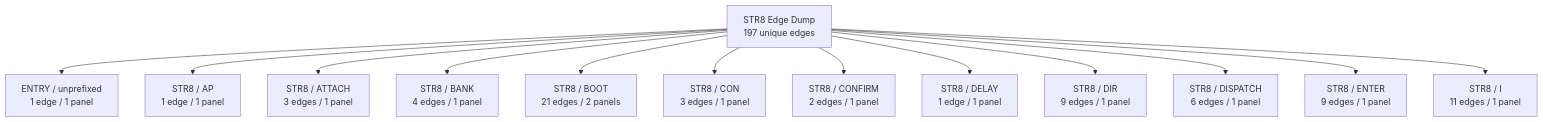
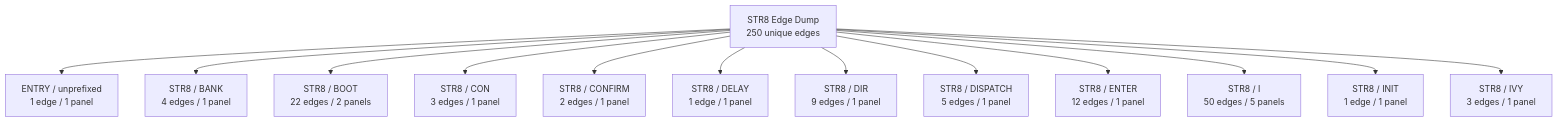
One commit to 95westus/R-YORS changed the first of 42 diagrams in DOC/GUIDES/STR8/STR8_EDGE_DUMP.md. Above: the diagram before and after it, drawn with Mermaid. The commit also changed other lines of this file and 33 other files, not shown here.

````diff
--- a/DOC/GUIDES/STR8/STR8_EDGE_DUMP.md
+++ b/DOC/GUIDES/STR8/STR8_EDGE_DUMP.md
@@ -26,15 +26,15 @@
 ```mermaid
 flowchart TD
-    EDGE_ATLAS_ROOT_0["STR8 Edge Dump<br/>197 unique edges"] --> EDGE_FAMILY_0_0["ENTRY / unprefixed<br/>1 edge / 1 panel"]
-    EDGE_ATLAS_ROOT_0["STR8 Edge Dump<br/>197 unique edges"] --> EDGE_FAMILY_0_1["STR8 / AP<br/>1 edge / 1 panel"]
-    EDGE_ATLAS_ROOT_0["STR8 Edge Dump<br/>197 unique edges"] --> EDGE_FAMILY_0_2["STR8 / ATTACH<br/>3 edges / 1 panel"]
-    EDGE_ATLAS_ROOT_0["STR8 Edge Dump<br/>197 unique edges"] --> EDGE_FAMILY_0_3["STR8 / BANK<br/>4 edges / 1 panel"]
-    EDGE_ATLAS_ROOT_0["STR8 Edge Dump<br/>197 unique edges"] --> EDGE_FAMILY_0_4["STR8 / BOOT<br/>21 edges / 2 panels"]
-    EDGE_ATLAS_ROOT_0["STR8 Edge Dump<br/>197 unique edges"] --> EDGE_FAMILY_0_5["STR8 / CON<br/>3 edges / 1 panel"]
-    EDGE_ATLAS_ROOT_0["STR8 Edge Dump<br/>197 unique edges"] --> EDGE_FAMILY_0_6["STR8 / CONFIRM<br/>2 edges / 1 panel"]
-    EDGE_ATLAS_ROOT_0["STR8 Edge Dump<br/>197 unique edges"] --> EDGE_FAMILY_0_7["STR8 / DELAY<br/>1 edge / 1 panel"]
-    EDGE_ATLAS_ROOT_0["STR8 Edge Dump<br/>197 unique edges"] --> EDGE_FAMILY_0_8["STR8 / DIR<br/>9 edges / 1 panel"]
-    EDGE_ATLAS_ROOT_0["STR8 Edge Dump<br/>197 unique edges"] --> EDGE_FAMILY_0_9["STR8 / DISPATCH<br/>6 edges / 1 panel"]
-    EDGE_ATLAS_ROOT_0["STR8 Edge Dump<br/>197 unique edges"] --> EDGE_FAMILY_0_10["STR8 / ENTER<br/>9 edges / 1 panel"]
-    EDGE_ATLAS_ROOT_0["STR8 Edge Dump<br/>197 unique edges"] --> EDGE_FAMILY_0_11["STR8 / I<br/>11 edges / 1 panel"]
+    EDGE_ATLAS_ROOT_0["STR8 Edge Dump<br/>250 unique edges"] --> EDGE_FAMILY_0_0["ENTRY / unprefixed<br/>1 edge / 1 panel"]
+    EDGE_ATLAS_ROOT_0["STR8 Edge Dump<br/>250 unique edges"] --> EDGE_FAMILY_0_1["STR8 / BANK<br/>4 edges / 1 panel"]
+    EDGE_ATLAS_ROOT_0["STR8 Edge Dump<br/>250 unique edges"] --> EDGE_FAMILY_0_2["STR8 / BOOT<br/>22 edges / 2 panels"]
+    EDGE_ATLAS_ROOT_0["STR8 Edge Dump<br/>250 unique edges"] --> EDGE_FAMILY_0_3["STR8 / CON<br/>3 edges / 1 panel"]
+    EDGE_ATLAS_ROOT_0["STR8 Edge Dump<br/>250 unique edges"] --> EDGE_FAMILY_0_4["STR8 / CONFIRM<br/>2 edges / 1 panel"]
+    EDGE_ATLAS_ROOT_0["STR8 Edge Dump<br/>250 unique edges"] --> EDGE_FAMILY_0_5["STR8 / DELAY<br/>1 edge / 1 panel"]
+    EDGE_ATLAS_ROOT_0["STR8 Edge Dump<br/>250 unique edges"] --> EDGE_FAMILY_0_6["STR8 / DIR<br/>9 edges / 1 panel"]
+    EDGE_ATLAS_ROOT_0["STR8 Edge Dump<br/>250 unique edges"] --> EDGE_FAMILY_0_7["STR8 / DISPATCH<br/>5 edges / 1 panel"]
+    EDGE_ATLAS_ROOT_0["STR8 Edge Dump<br/>250 unique edges"] --> EDGE_FAMILY_0_8["STR8 / ENTER<br/>12 edges / 1 panel"]
+    EDGE_ATLAS_ROOT_0["STR8 Edge Dump<br/>250 unique edges"] --> EDGE_FAMILY_0_9["STR8 / I<br/>50 edges / 5 panels"]
+    EDGE_ATLAS_ROOT_0["STR8 Edge Dump<br/>250 unique edges"] --> EDGE_FAMILY_0_10["STR8 / INIT<br/>1 edge / 1 panel"]
+    EDGE_ATLAS_ROOT_0["STR8 Edge Dump<br/>250 unique edges"] --> EDGE_FAMILY_0_11["STR8 / IVY<br/>3 edges / 1 panel"]
 ```
````
